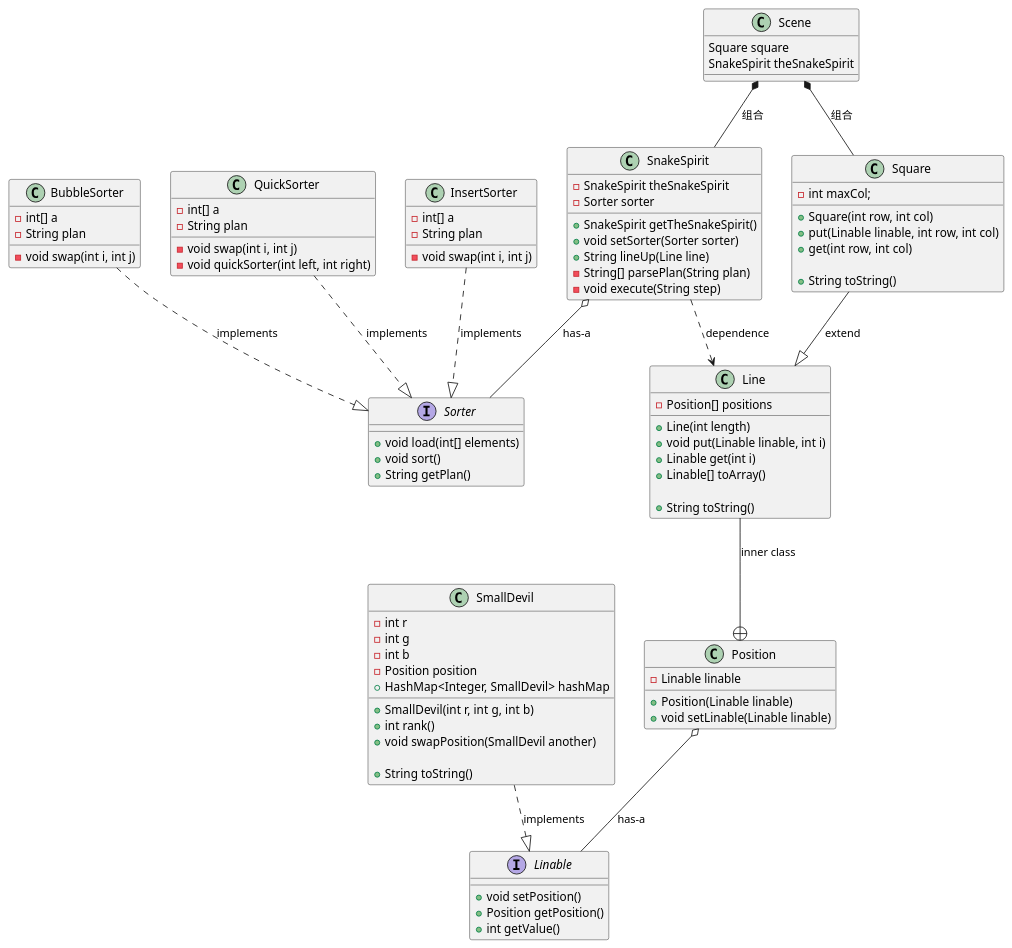
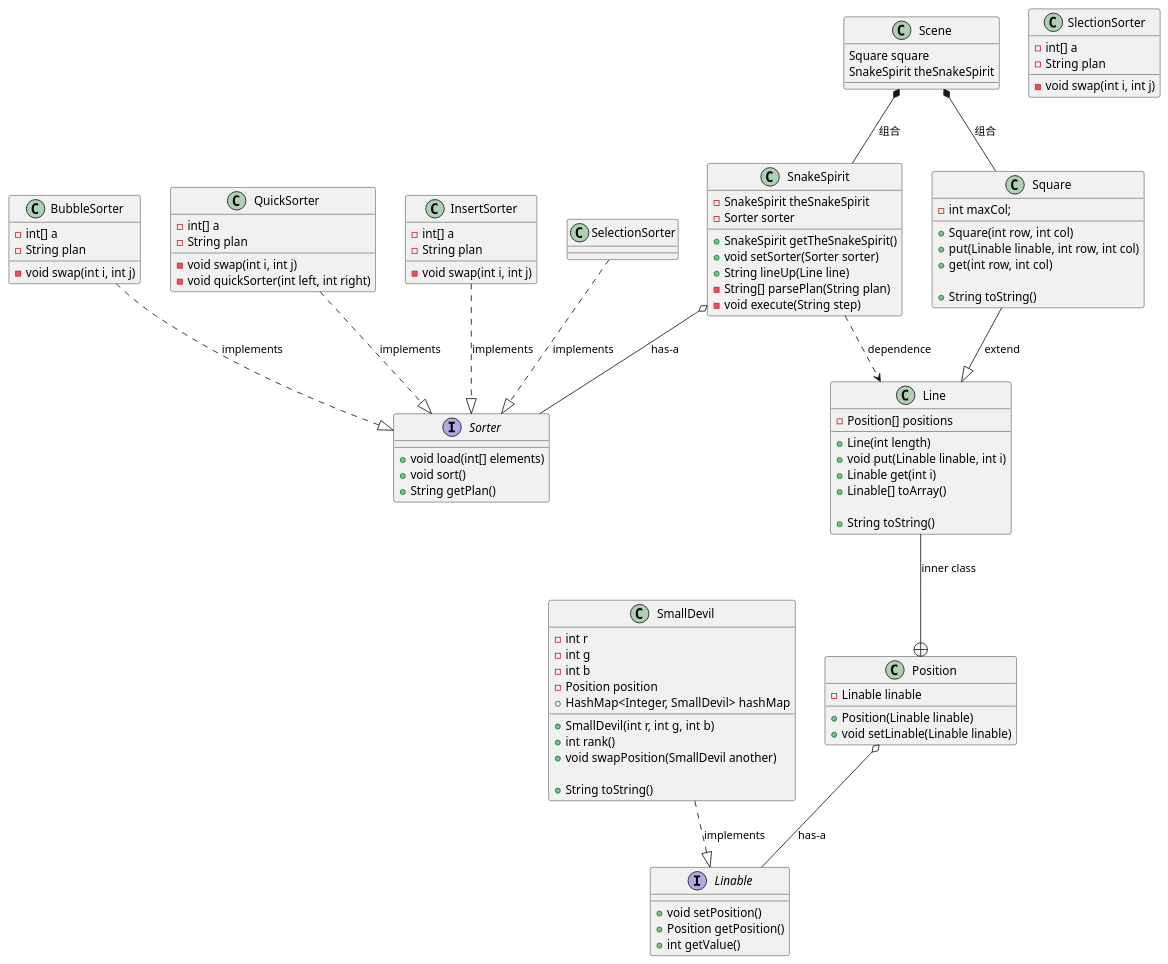
The diagram in j02/characters3.pu (JOJO-Young/PUBLIC), drawn with PlantUML before and after one commit. The commit also changed 1 other file, not shown here.

Commit message:
add selection sort

```diff
--- a/j02/characters3.pu
+++ b/j02/characters3.pu
@@ -1,113 +1,121 @@
 @startuml
 class Line{
 
     -Position[] positions
 
     +Line(int length)
     +void put(Linable linable, int i)
     +Linable get(int i)
     +Linable[] toArray()
 
     +String toString()
 }
 
 Class Position{
 
     -Linable linable
 
     +Position(Linable linable)
     +void setLinable(Linable linable)
 }
 
 Interface Linable{
     
     +void setPosition()
     +Position getPosition()
     +int getValue()
 }
 
 Interface Sorter{
     
     +void load(int[] elements)
     +void sort()
     +String getPlan()
 }
 Class SmallDevil{
 
     -int r
     -int g
     -int b
     -Position position
     +HashMap<Integer, SmallDevil> hashMap
 
     +SmallDevil(int r, int g, int b)
     +int rank()
     +void swapPosition(SmallDevil another)
 
     +String toString()
 }
 
 Class BubbleSorter{
 
     -int[] a
     -String plan
 
     -void swap(int i, int j)
 }
 
 Class QuickSorter{
 
     -int[] a
     -String plan
     
     -void swap(int i, int j)
     -void quickSorter(int left, int right)
 }
 
 Class InsertSorter{
     -int[] a
     -String plan
 
     -void swap(int i, int j)
 }
+
+Class SlectionSorter{
+    -int[] a
+    -String plan
+
+    -void swap(int i, int j)
+}
  
 Class SnakeSpirit{
 
     -SnakeSpirit theSnakeSpirit
     -Sorter sorter
     
     +SnakeSpirit getTheSnakeSpirit()
     +void setSorter(Sorter sorter)
     +String lineUp(Line line)
     -String[] parsePlan(String plan)
     -void execute(String step)
 }
 
 Class Scene{
 
     Square square 
     SnakeSpirit theSnakeSpirit
 }
 
 Class Square{
 
     -int maxCol;
 
     +Square(int row, int col)
     +put(Linable linable, int row, int col)
     +get(int row, int col)
 
     +String toString()
 }
 Square --|> Line : extend
 Scene *-- Square : 组合
 Scene *-- SnakeSpirit : 组合
 SnakeSpirit ..> Line : dependence
 Line --+ Position: inner class
 SmallDevil ..|> Linable : implements
 BubbleSorter ..|> Sorter : implements
 QuickSorter ..|> Sorter : implements
 InsertSorter ..|> Sorter : implements
+SelectionSorter ..|> Sorter : implements
 Position o-- Linable : has-a
 SnakeSpirit o-- Sorter : has-a
 @enduml
```
